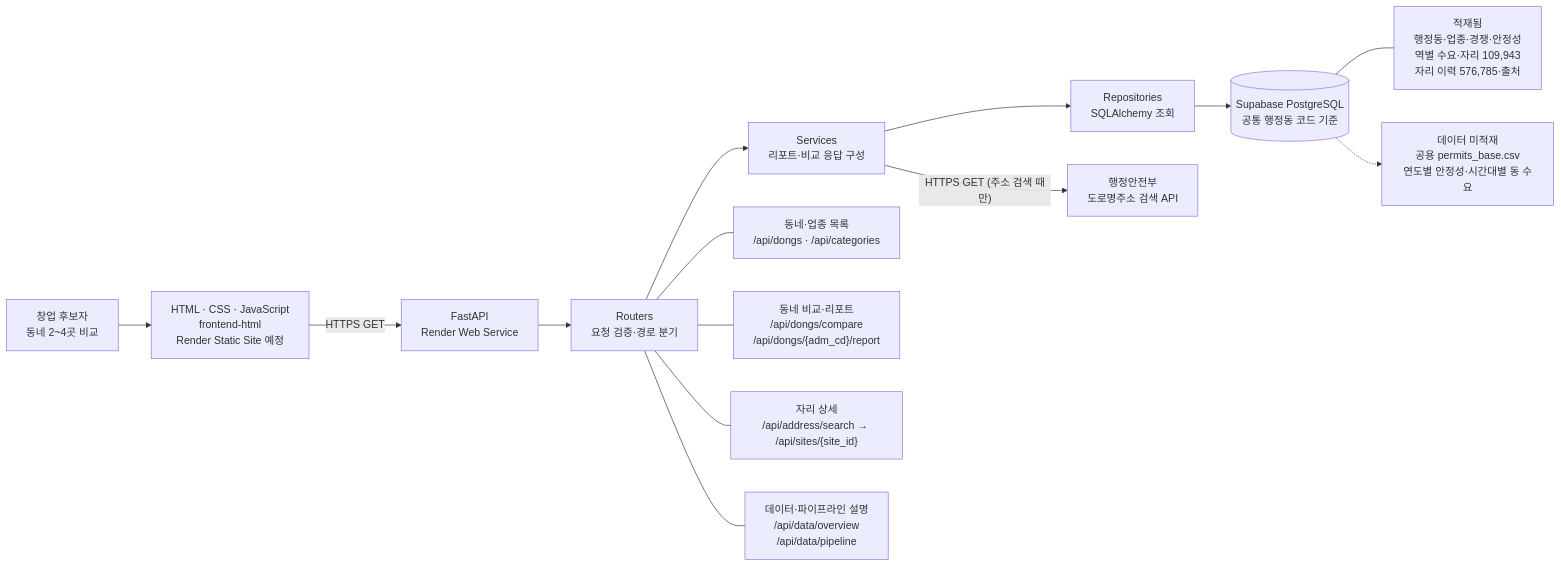
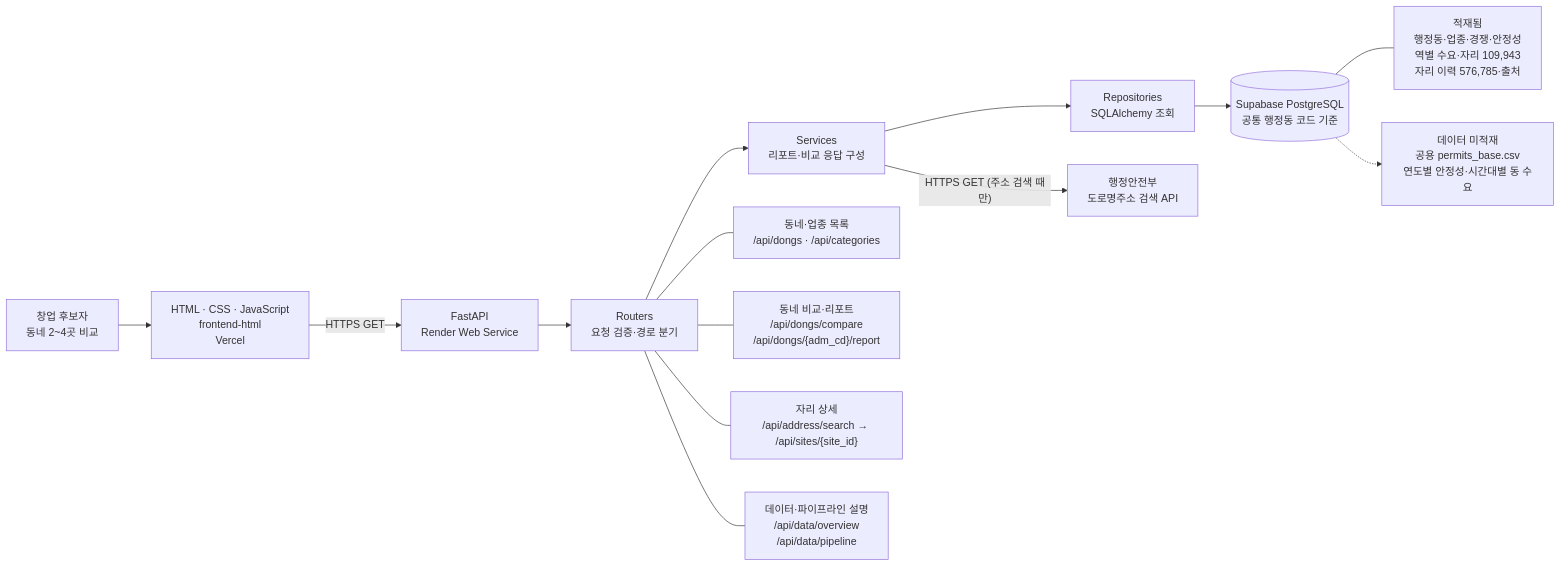
Before and after one commit to chloeyschung/where-to-open: the first of 2 diagrams in docs/architecture.md, drawn with Mermaid. The commit also changed other lines of this file and 4 other files, not shown here.

````diff
--- a/docs/architecture.md
+++ b/docs/architecture.md
@@ -7,23 +16,23 @@
 ```mermaid
 flowchart LR
     USER["창업 후보자<br/>동네 2~4곳 비교"]
-    FRONT["HTML · CSS · JavaScript<br/>frontend-html<br/>Render Static Site 예정"]
+    FRONT["HTML · CSS · JavaScript<br/>frontend-html<br/>Vercel"]
     API["FastAPI<br/>Render Web Service"]
     ROUTER["Routers<br/>요청 검증·경로 분기"]
     SERVICE["Services<br/>리포트·비교 응답 구성"]
     REPO["Repositories<br/>SQLAlchemy 조회"]
     DB[("Supabase PostgreSQL<br/>공통 행정동 코드 기준")]
 
     USER --> FRONT
     FRONT -->|HTTPS GET| API
     API --> ROUTER --> SERVICE --> REPO --> DB
     SERVICE -->|"HTTPS GET (주소 검색 때만)"| JUSO["행정안전부<br/>도로명주소 검색 API"]
 
     ROUTER --- R1["동네·업종 목록<br/>/api/dongs · /api/categories"]
     ROUTER --- R2["동네 비교·리포트<br/>/api/dongs/compare<br/>/api/dongs/{adm_cd}/report"]
     ROUTER --- R3["자리 상세<br/>/api/address/search → /api/sites/{site_id}"]
     ROUTER --- R4["데이터·파이프라인 설명<br/>/api/data/overview<br/>/api/data/pipeline"]
 
     DB --- POP["적재됨<br/>행정동·업종·경쟁·안정성<br/>역별 수요·자리 109,943<br/>자리 이력 576,785·출처"]
     DB -.-> EMPTY["데이터 미적재<br/>공용 permits_base.csv<br/>연도별 안정성·시간대별 동 수요"]
 ```
````
